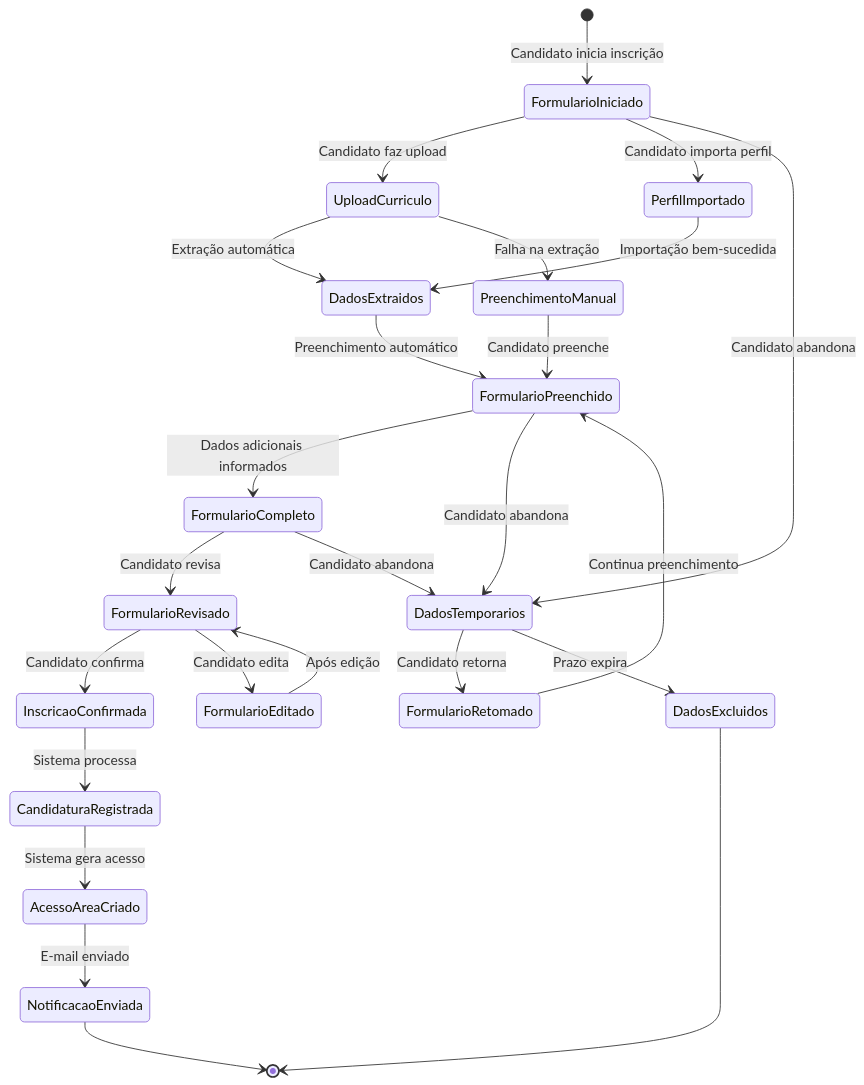
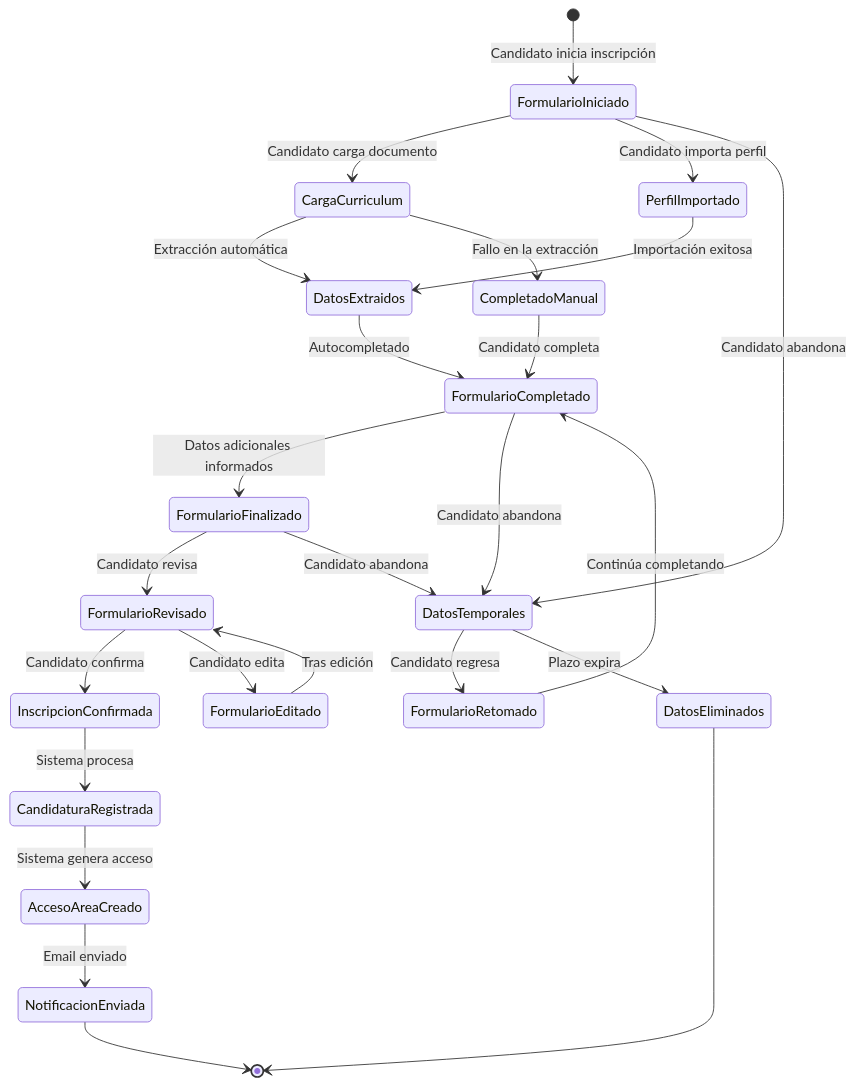
One commit to felipemarin/ai4devs-design-1 changed the fourth of 4 diagrams in vmr-iniciales/vmr-iniciales.md. Above: the diagram before and after it, drawn with Mermaid. The commit also changed other lines of this file, not shown here.

````diff
--- a/vmr-iniciales/vmr-iniciales.md
+++ b/vmr-iniciales/vmr-iniciales.md
@@ -436,36 +436,36 @@
 ```mermaid
 stateDiagram-v2
-    [*] --> FormularioIniciado: Candidato inicia inscrição
+    [*] --> FormularioIniciado: Candidato inicia inscripción
     
-    FormularioIniciado --> UploadCurriculo: Candidato faz upload
+    FormularioIniciado --> CargaCurriculum: Candidato carga documento
     FormularioIniciado --> PerfilImportado: Candidato importa perfil
     
-    UploadCurriculo --> DadosExtraidos: Extração automática
-    UploadCurriculo --> PreenchimentoManual: Falha na extração
-    PerfilImportado --> DadosExtraidos: Importação bem-sucedida
+    CargaCurriculum --> DatosExtraidos: Extracción automática
+    CargaCurriculum --> CompletadoManual: Fallo en la extracción
+    PerfilImportado --> DatosExtraidos: Importación exitosa
     
-    DadosExtraidos --> FormularioPreenchido: Preenchimento automático
-    PreenchimentoManual --> FormularioPreenchido: Candidato preenche
+    DatosExtraidos --> FormularioCompletado: Autocompletado
+    CompletadoManual --> FormularioCompletado: Candidato completa
     
-    FormularioPreenchido --> FormularioCompleto: Dados adicionais informados
-    FormularioCompleto --> FormularioRevisado: Candidato revisa
+    FormularioCompletado --> FormularioFinalizado: Datos adicionales informados
+    FormularioFinalizado --> FormularioRevisado: Candidato revisa
     
-    FormularioRevisado --> InscricaoConfirmada: Candidato confirma
+    FormularioRevisado --> InscripcionConfirmada: Candidato confirma
     FormularioRevisado --> FormularioEditado: Candidato edita
-    FormularioEditado --> FormularioRevisado: Após edição
+    FormularioEditado --> FormularioRevisado: Tras edición
     
-    FormularioIniciado --> DadosTemporarios: Candidato abandona
-    FormularioPreenchido --> DadosTemporarios: Candidato abandona
-    FormularioCompleto --> DadosTemporarios: Candidato abandona
+    FormularioIniciado --> DatosTemporales: Candidato abandona
+    FormularioCompletado --> DatosTemporales: Candidato abandona
+    FormularioFinalizado --> DatosTemporales: Candidato abandona
     
-    DadosTemporarios --> FormularioRetomado: Candidato retorna
-    FormularioRetomado --> FormularioPreenchido: Continua preenchimento
-    DadosTemporarios --> DadosExcluidos: Prazo expira
+    DatosTemporales --> FormularioRetomado: Candidato regresa
+    FormularioRetomado --> FormularioCompletado: Continúa completando
+    DatosTemporales --> DatosEliminados: Plazo expira
     
-    InscricaoConfirmada --> CandidaturaRegistrada: Sistema processa
-    CandidaturaRegistrada --> AcessoAreaCriado: Sistema gera acesso
-    AcessoAreaCriado --> NotificacaoEnviada: E-mail enviado
+    InscripcionConfirmada --> CandidaturaRegistrada: Sistema procesa
+    CandidaturaRegistrada --> AccesoAreaCreado: Sistema genera acceso
+    AccesoAreaCreado --> NotificacionEnviada: Email enviado
     
-    NotificacaoEnviada --> [*]
-    DadosExcluidos --> [*]
+    NotificacionEnviada --> [*]
+    DatosEliminados --> [*]
 ```
````
